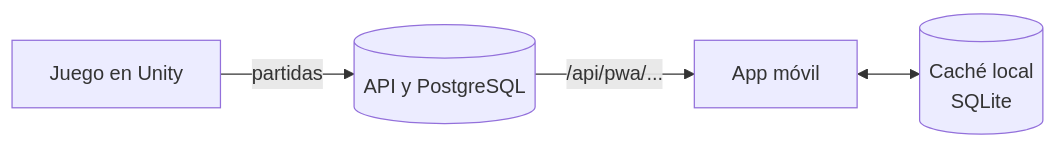
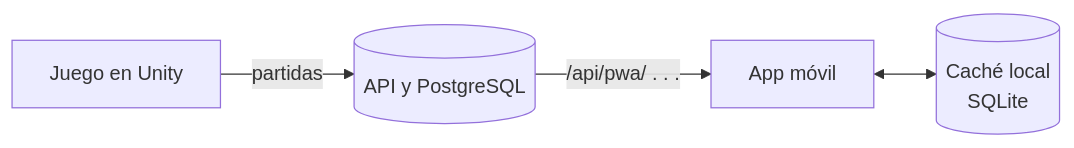
Before and after one commit to Anuma-Games/fat-fish-mobile: the first of 2 diagrams in README.md, drawn with Mermaid. The commit also changed other lines of this file and 39 other files, not shown here.

````diff
--- a/README.md
+++ b/README.md
@@ -74,6 +74,6 @@
 ```mermaid
 flowchart LR
     Juego[Juego en Unity] -->|partidas| API[(API y PostgreSQL)]
-    API -->|/api/pwa/...| App[App móvil]
+    API -->|/api/pwa/ . . .| App[App móvil]
     App <--> Drift[(Caché local<br/>SQLite)]
 ```
````
